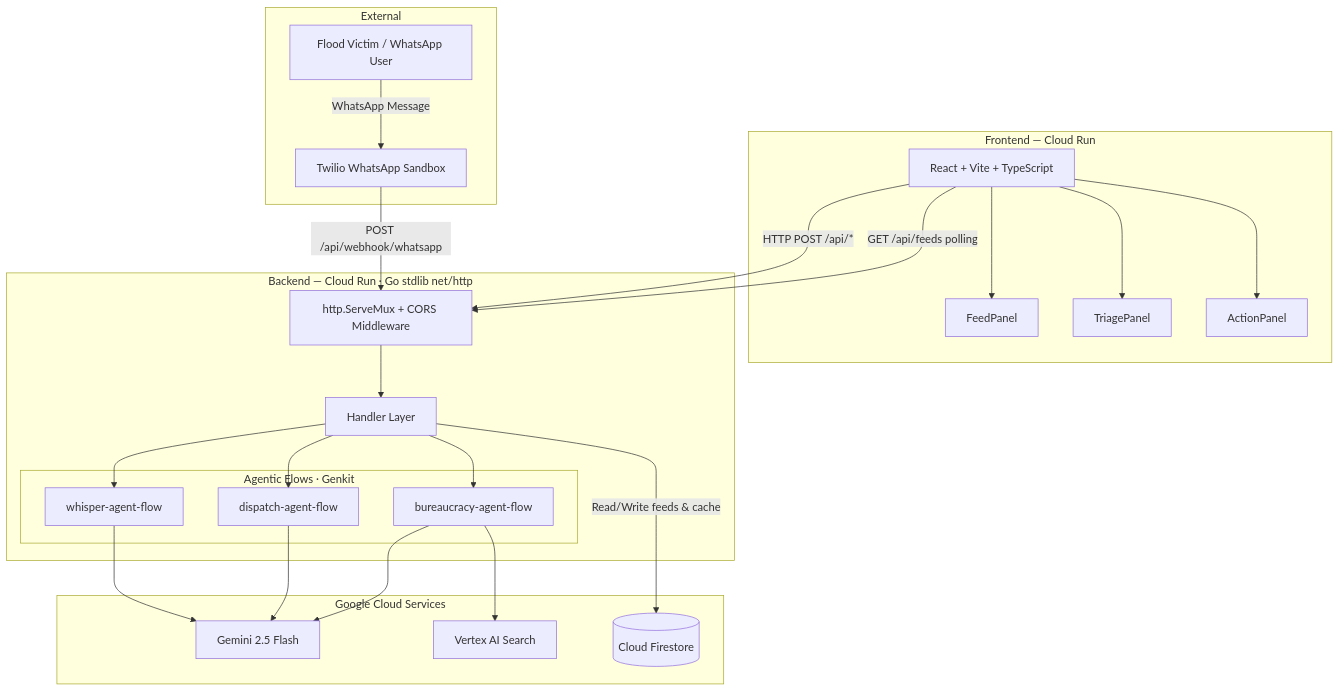
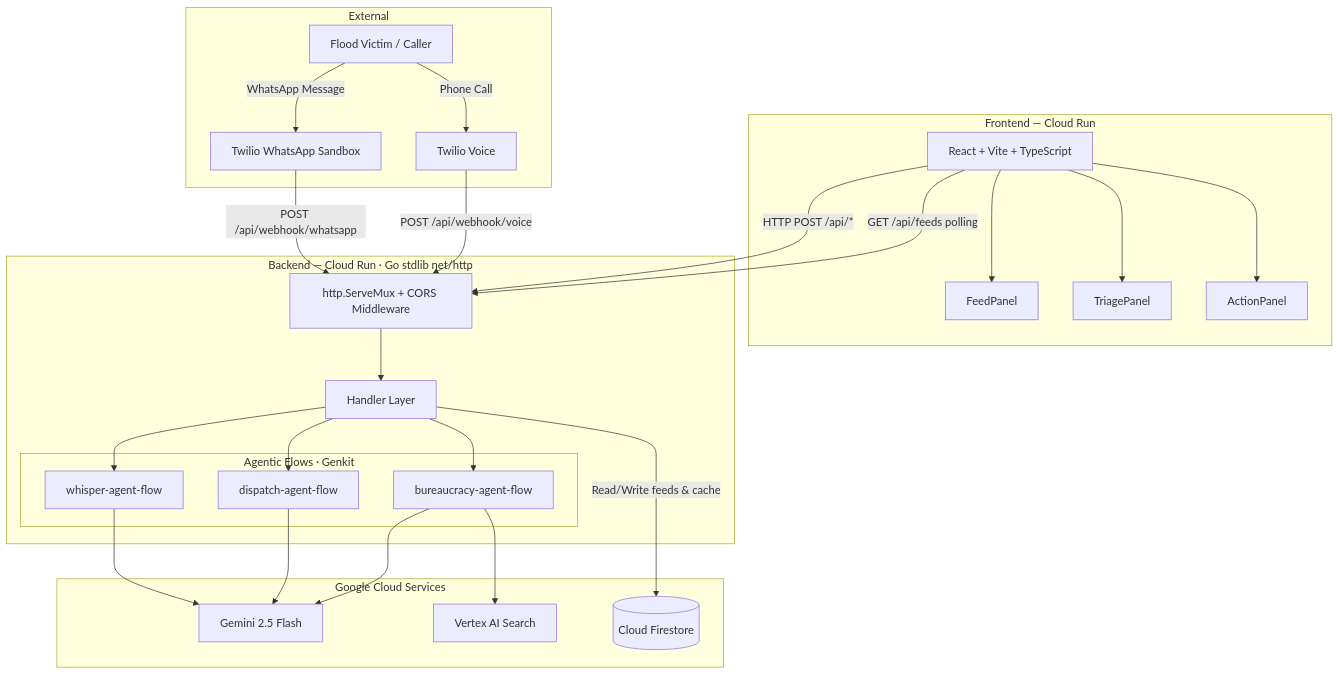
Before and after one commit to Xinnan-Alex/floodguard-copilot: the first of 3 diagrams in README.md, drawn with Mermaid. The commit also changed other lines of this file and 9 other files, not shown here.

````diff
--- a/README.md
+++ b/README.md
@@ -39,44 +40,47 @@
 ```mermaid
 graph TB
     subgraph "Frontend — Cloud Run"
         UI["React + Vite + TypeScript"]
         FP["FeedPanel"]
         TP["TriagePanel"]
         AP["ActionPanel"]
         UI --> FP & TP & AP
     end
 
     subgraph "Backend — Cloud Run · Go stdlib net/http"
         MUX["http.ServeMux + CORS Middleware"]
         H["Handler Layer"]
         MUX --> H
 
         subgraph "Agentic Flows · Genkit"
             WF["whisper-agent-flow"]
             BF["bureaucracy-agent-flow"]
             DF["dispatch-agent-flow"]
         end
 
         H --> WF & BF & DF
     end
 
     subgraph "Google Cloud Services"
         GEMINI["Gemini 2.5 Flash"]
         VAS["Vertex AI Search"]
         FS[("Cloud Firestore")]
     end
 
     subgraph "External"
-        TWILIO["Twilio WhatsApp Sandbox"]
-        VICTIM["Flood Victim / WhatsApp User"]
+        TWILIOWA["Twilio WhatsApp Sandbox"]
+        TWILIOVOICE["Twilio Voice"]
+        VICTIM["Flood Victim / Caller"]
     end
 
     UI -- "HTTP POST /api/*" --> MUX
     UI -- "GET /api/feeds polling" --> MUX
     WF & DF --> GEMINI
     BF --> VAS
     BF --> GEMINI
     H -- "Read/Write feeds & cache" --> FS
-    VICTIM -- "WhatsApp Message" --> TWILIO
-    TWILIO -- "POST /api/webhook/whatsapp" --> MUX
+    VICTIM -- "WhatsApp Message" --> TWILIOWA
+    VICTIM -- "Phone Call" --> TWILIOVOICE
+    TWILIOWA -- "POST /api/webhook/whatsapp" --> MUX
+    TWILIOVOICE -- "POST /api/webhook/voice" --> MUX
 ```
````
